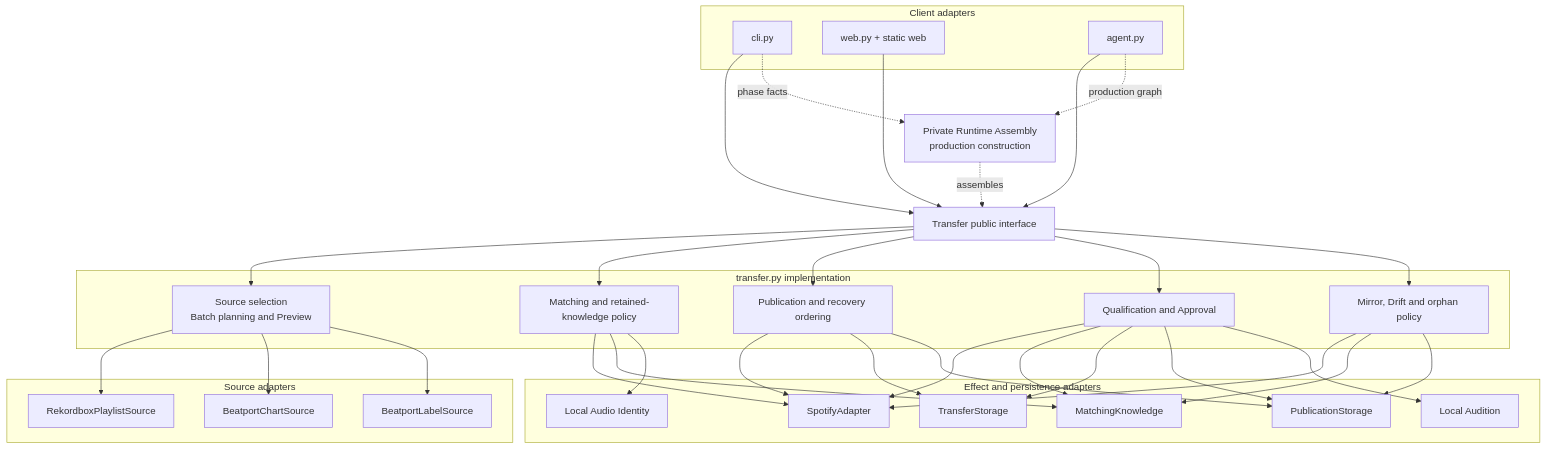
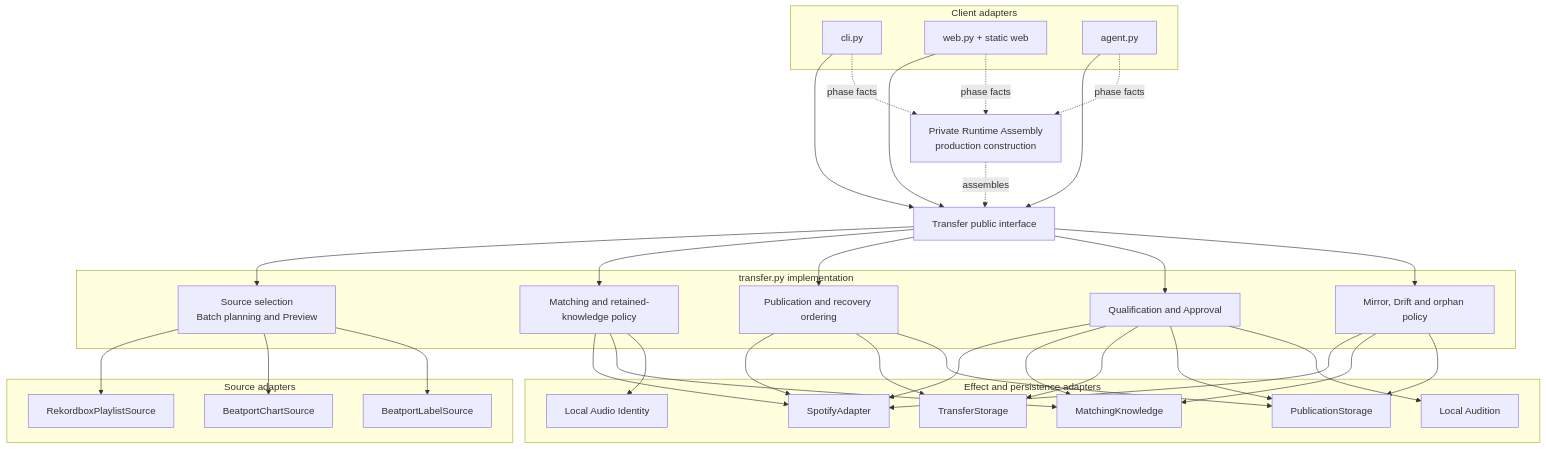
Before and after one commit to spontain112/djsupport: the second of 2 diagrams in docs/architecture.md, drawn with Mermaid. The commit also changed other lines of this file and 5 other files, not shown here.

Commit message:
refactor: assemble web runtime through shared graph (#137)

````diff
--- a/docs/architecture.md
+++ b/docs/architecture.md
@@ -69,63 +69,64 @@
 ```mermaid
 flowchart TB
     subgraph ClientAdapters["Client adapters"]
         CLI["cli.py"]
         WEB["web.py + static web"]
         AGENT["agent.py"]
     end
 
     RUNTIME["Private Runtime Assembly<br/>production construction"]
     INTERFACE["Transfer public interface"]
 
     subgraph TransferModule["transfer.py implementation"]
         PLAN["Source selection<br/>Batch planning and Preview"]
         MATCH["Matching and retained-knowledge policy"]
         PUBLISH["Publication and recovery ordering"]
         QUALIFY["Qualification and Approval"]
         MIRROR["Mirror, Drift and orphan policy"]
     end
 
     subgraph SourceAdapters["Source adapters"]
         REKORDBOX["RekordboxPlaylistSource"]
         CHART["BeatportChartSource"]
         LABEL["BeatportLabelSource"]
     end
 
     subgraph EffectAdapters["Effect and persistence adapters"]
         SPOTIFY["SpotifyAdapter"]
         KNOWLEDGE["MatchingKnowledge"]
         TRANSFERSTORE["TransferStorage"]
         PUBLICATIONSTORE["PublicationStorage"]
         IDENTITY["Local Audio Identity"]
         AUDITION["Local Audition"]
     end
 
     CLI --> INTERFACE
     WEB --> INTERFACE
     AGENT --> INTERFACE
     CLI -. phase facts .-> RUNTIME
-    AGENT -. production graph .-> RUNTIME
+    WEB -. phase facts .-> RUNTIME
+    AGENT -. phase facts .-> RUNTIME
     RUNTIME -. assembles .-> INTERFACE
     INTERFACE --> PLAN
     INTERFACE --> MATCH
     INTERFACE --> PUBLISH
     INTERFACE --> QUALIFY
     INTERFACE --> MIRROR
     PLAN --> REKORDBOX
     PLAN --> CHART
     PLAN --> LABEL
     MATCH --> SPOTIFY
     MATCH --> KNOWLEDGE
     MATCH --> IDENTITY
     PUBLISH --> SPOTIFY
     PUBLISH --> TRANSFERSTORE
     PUBLISH --> PUBLICATIONSTORE
     QUALIFY --> SPOTIFY
     QUALIFY --> KNOWLEDGE
     QUALIFY --> TRANSFERSTORE
     QUALIFY --> PUBLICATIONSTORE
     QUALIFY --> AUDITION
     MIRROR --> SPOTIFY
     MIRROR --> KNOWLEDGE
     MIRROR --> PUBLICATIONSTORE
 ```
````
